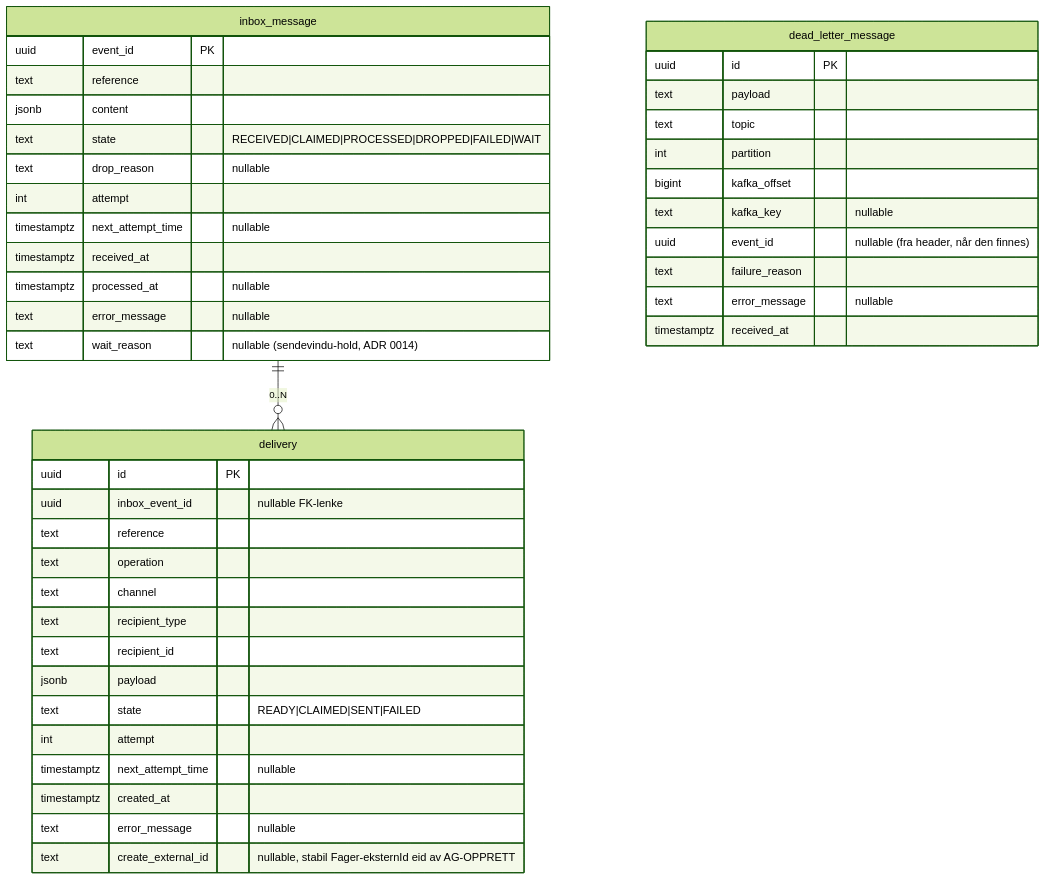
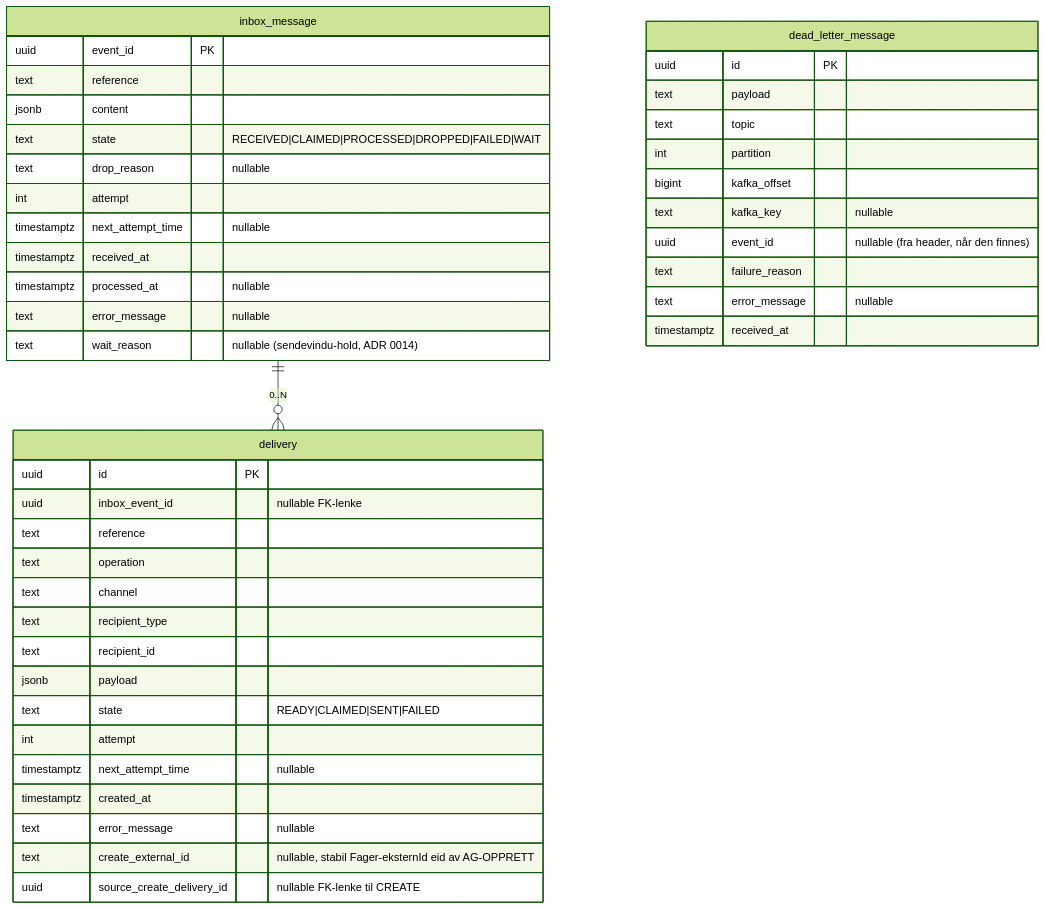
Before and after one commit to navikt/syfo-budstikka: the diagram in docs/datamodell.md, drawn with Mermaid (forest theme). The commit also changed other lines of this file and 6 other files, not shown here.

````diff
--- a/docs/datamodell.md
+++ b/docs/datamodell.md
@@ -8,48 +8,49 @@
 ```mermaid
 erDiagram
     inbox_message ||--o{ delivery : "0..N"
 
     inbox_message {
         uuid        event_id PK
         text        reference
         jsonb       content
         text        state "RECEIVED|CLAIMED|PROCESSED|DROPPED|FAILED|WAIT"
         text        drop_reason "nullable"
         int         attempt
         timestamptz next_attempt_time "nullable"
         timestamptz received_at
         timestamptz processed_at "nullable"
         text        error_message "nullable"
         text        wait_reason "nullable (sendevindu-hold, ADR 0014)"
     }
 
     delivery {
         uuid        id PK
         uuid        inbox_event_id "nullable FK-lenke"
         text        reference
         text        operation
         text        channel
         text        recipient_type
         text        recipient_id
         jsonb       payload
         text        state "READY|CLAIMED|SENT|FAILED"
         int         attempt
         timestamptz next_attempt_time "nullable"
         timestamptz created_at
         text        error_message "nullable"
         text        create_external_id "nullable, stabil Fager-eksternId eid av AG-OPPRETT"
+        uuid        source_create_delivery_id "nullable FK-lenke til CREATE"
     }
 
     dead_letter_message {
         uuid        id PK
         text        payload
         text        topic
         int         partition
         bigint      kafka_offset
         text        kafka_key "nullable"
         uuid        event_id "nullable (fra header, når den finnes)"
         text        failure_reason
         text        error_message "nullable"
         timestamptz received_at
     }
 ```
````
